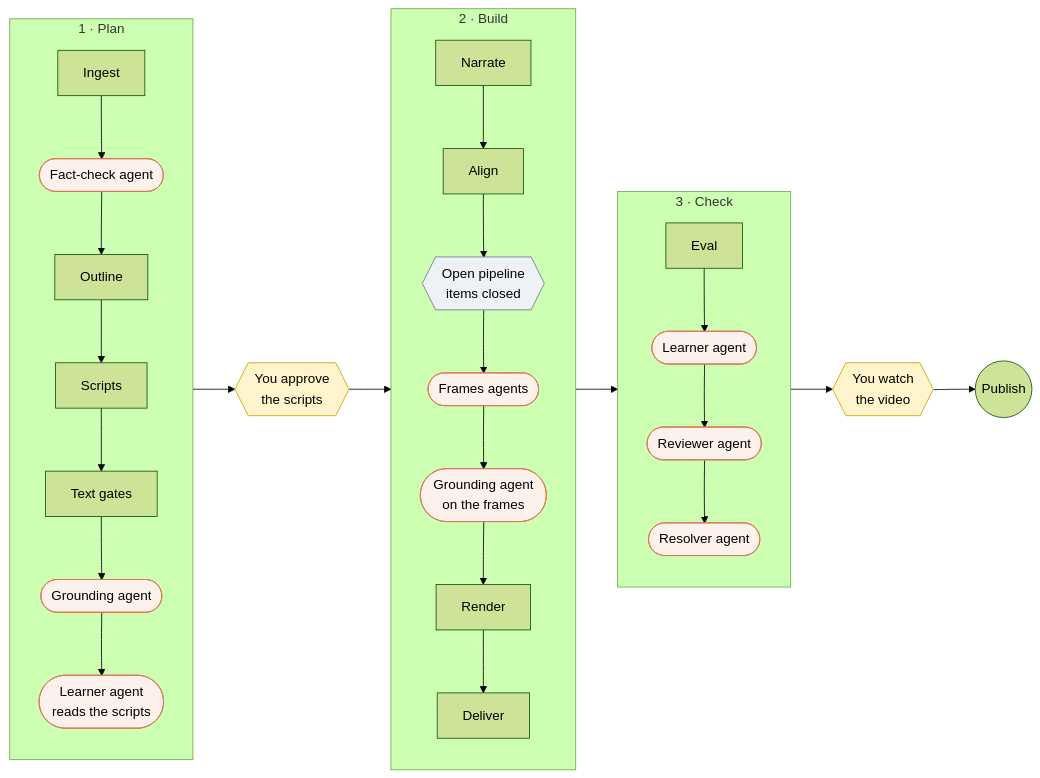
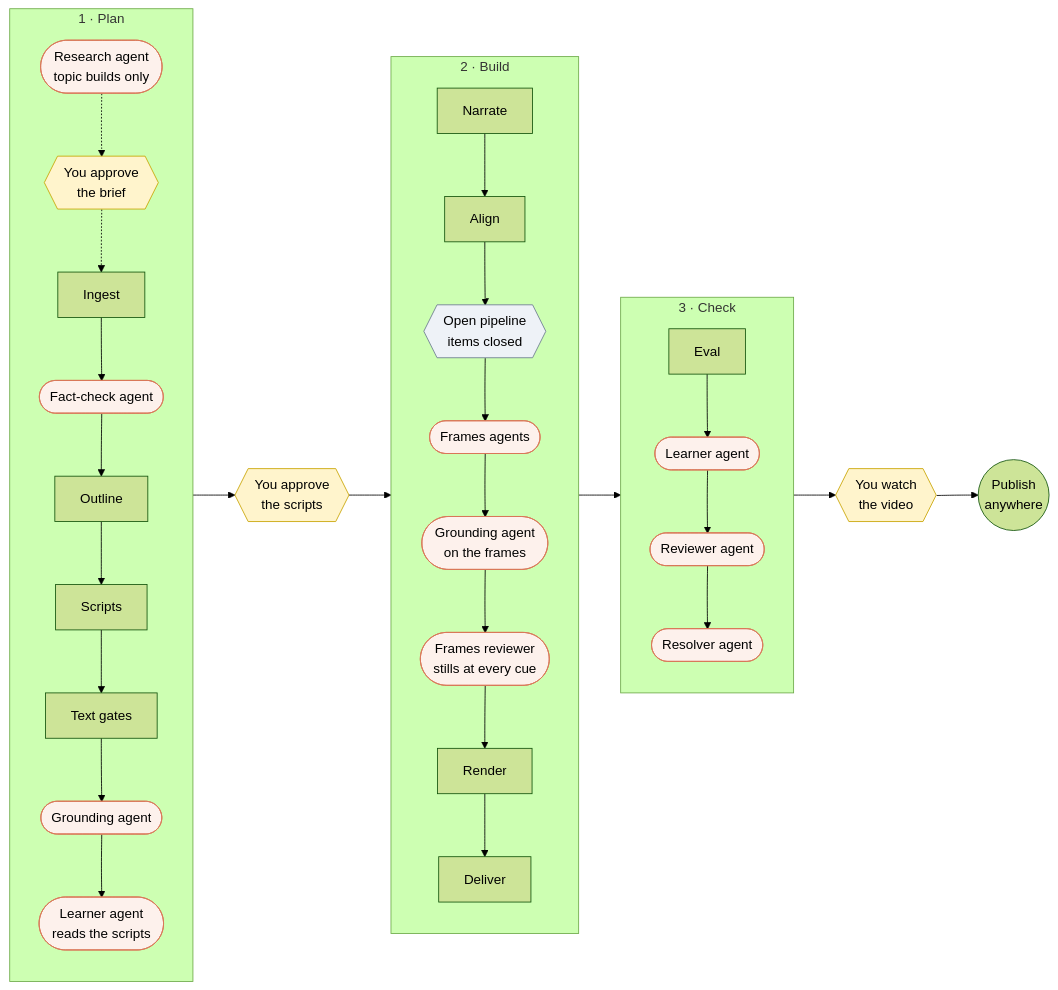
The diagram in README.md (OlixIgnacious/chalk), drawn with Mermaid (forest theme) before and after one commit. The commit also changed other lines of this file and 295 other files, not shown here.

````diff
--- a/README.md
+++ b/README.md
@@ -58,25 +70,26 @@
 ```mermaid
 flowchart LR
     subgraph P1 ["1 · Plan"]
         direction TB
+        AR([Research agent<br/>topic builds only]) -.-> GR{{You approve<br/>the brief}} -.-> A1
         A1[Ingest] --> A0([Fact-check agent]) --> A2[Outline] --> A3[Scripts] --> A4[Text gates] --> A5([Grounding agent]) --> A6([Learner agent<br/>reads the scripts])
     end
     subgraph P2 ["2 · Build"]
         direction TB
-        B1[Narrate] --> B2[Align] --> B0{{Open pipeline<br/>items closed}} --> B3([Frames agents]) --> B6([Grounding agent<br/>on the frames]) --> B4[Render] --> B5[Deliver]
+        B1[Narrate] --> B2[Align] --> B0{{Open pipeline<br/>items closed}} --> B3([Frames agents]) --> B6([Grounding agent<br/>on the frames]) --> B7([Frames reviewer<br/>stills at every cue]) --> B4[Render] --> B5[Deliver]
     end
     subgraph P3 ["3 · Check"]
         direction TB
         C1[Eval] --> C2([Learner agent]) --> C3([Reviewer agent]) --> C4([Resolver agent])
     end
 
     P1 --> G1{{You approve<br/>the scripts}} --> P2
-    P2 --> P3 --> G2{{You watch<br/>the video}} --> Done((Publish))
+    P2 --> P3 --> G2{{You watch<br/>the video}} --> Done((Publish<br/>anywhere))
 
     classDef agent fill:#fdf1ec,stroke:#d97757,color:#000
     classDef gate fill:#fff4cc,stroke:#c9a400,color:#000
-    class A0,A5,A6,B3,B6,C2,C3,C4 agent
-    class G1,G2 gate
+    class AR,A0,A5,A6,B3,B6,B7,C2,C3,C4 agent
+    class GR,G1,G2 gate
     classDef debt fill:#eef2f7,stroke:#6b7a90,color:#000
     class B0 debt
 ```
````
